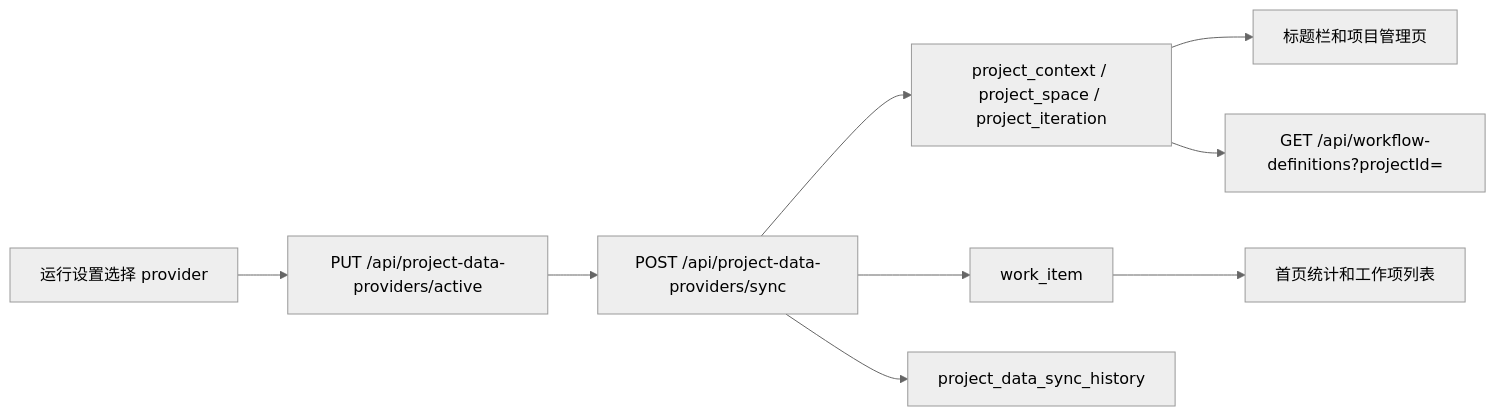
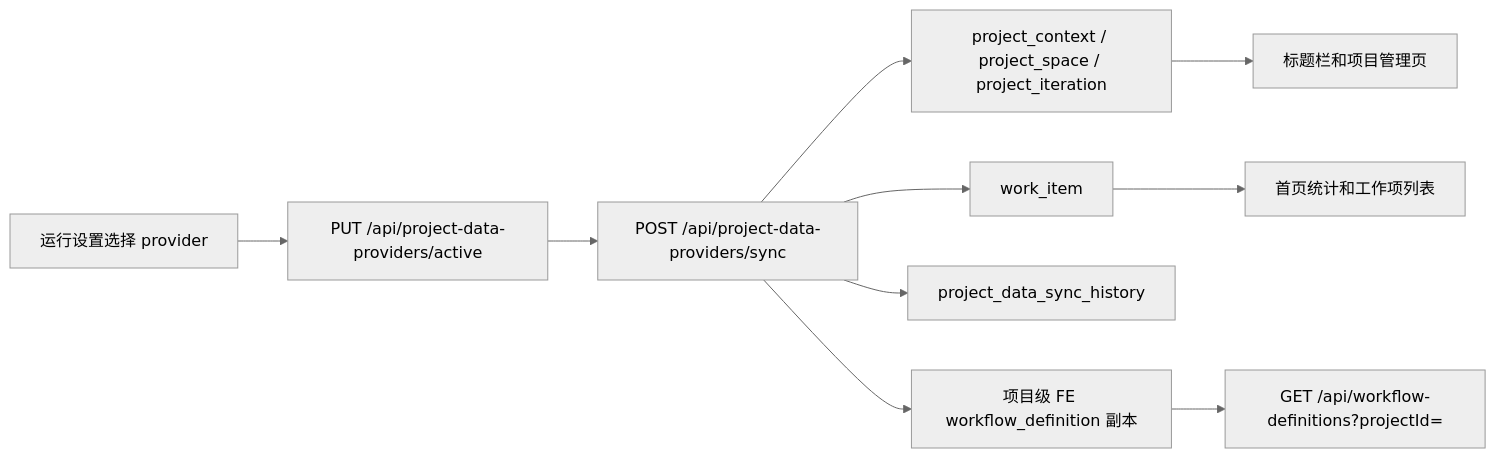
Before and after one commit to Hzzzzzx/AgentCenter: the diagram in docs/architecture/PROJECT-CONTEXT-INTEGRATION-GUIDE.md, drawn with Mermaid (neutral theme). The commit also changed other lines of this file and 4 other files, not shown here.

````diff
--- a/docs/architecture/PROJECT-CONTEXT-INTEGRATION-GUIDE.md
+++ b/docs/architecture/PROJECT-CONTEXT-INTEGRATION-GUIDE.md
@@ -13,11 +13,12 @@
 ```mermaid
 flowchart LR
   A["运行设置选择 provider"] --> B["PUT /api/project-data-providers/active"]
   B --> C["POST /api/project-data-providers/sync"]
   C --> D["project_context / project_space / project_iteration"]
   C --> E["work_item"]
   C --> F["project_data_sync_history"]
+  C --> J["项目级 FE workflow_definition 副本"]
   D --> G["标题栏和项目管理页"]
   E --> H["首页统计和工作项列表"]
-  D --> I["GET /api/workflow-definitions?projectId="]
+  J --> I["GET /api/workflow-definitions?projectId="]
 ```
````
